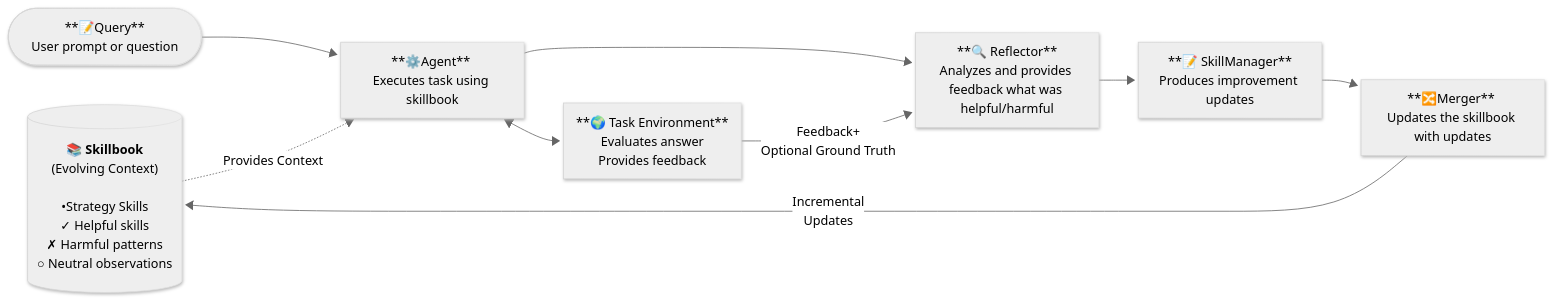
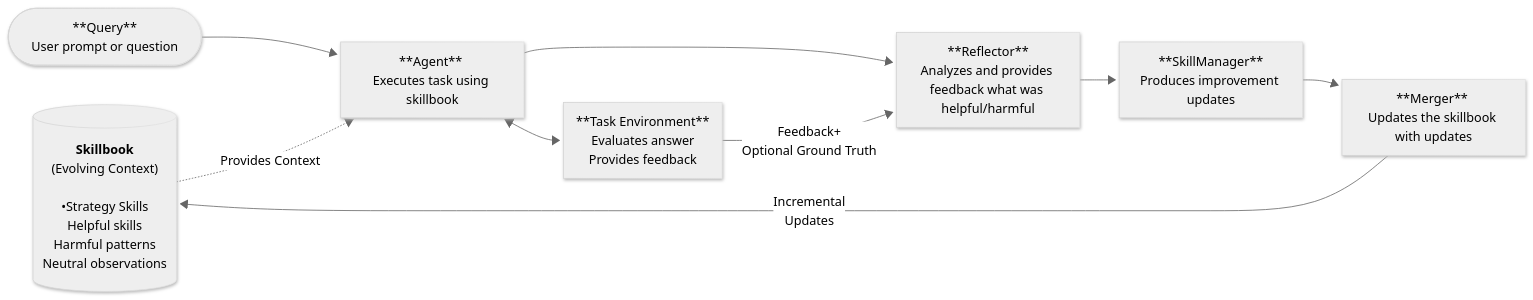
One commit to kayba-ai/agentic-context-engine changed the diagram in README.md. Above: the diagram before and after it, drawn with Mermaid. The commit also changed other lines of this file and 2 other files, not shown here.

First line of the commit message:
docs: Improve README and Quick Start guide clarity

````diff
--- a/README.md
+++ b/README.md
@@ -265,18 +167,18 @@
 ```mermaid
 ---
 config:
   look: neo
   theme: neutral
 ---
 flowchart LR
-    Skillbook[("`**📚 Skillbook**<br>(Evolving Context)<br><br>•Strategy Skills<br> ✓ Helpful skills <br>✗ Harmful patterns <br>○ Neutral observations`")]
-    Start(["**📝Query** <br>User prompt or question"]) --> Agent["**⚙️Agent** <br>Executes task using skillbook"]
+    Skillbook[("`**Skillbook**<br>(Evolving Context)<br><br>•Strategy Skills<br> Helpful skills <br> Harmful patterns <br> Neutral observations`")]
+    Start(["**Query** <br>User prompt or question"]) --> Agent["**Agent** <br>Executes task using skillbook"]
     Agent --> Reflector
     Skillbook -. Provides Context .-> Agent
-    Environment["**🌍 Task Environment**<br>Evaluates answer<br>Provides feedback"] -- Feedback+ <br>Optional Ground Truth --> Reflector
-    Reflector["**🔍 Reflector**<br>Analyzes and provides feedback what was helpful/harmful"]
-    Reflector --> SkillManager["**📝 SkillManager**<br>Produces improvement updates"]
-    SkillManager --> UpdateOps["**🔀Merger** <br>Updates the skillbook with updates"]
+    Environment["**Task Environment**<br>Evaluates answer<br>Provides feedback"] -- Feedback+ <br>Optional Ground Truth --> Reflector
+    Reflector["**Reflector**<br>Analyzes and provides feedback what was helpful/harmful"]
+    Reflector --> SkillManager["**SkillManager**<br>Produces improvement updates"]
+    SkillManager --> UpdateOps["**Merger** <br>Updates the skillbook with updates"]
     UpdateOps -- Incremental<br>Updates --> Skillbook
     Agent <--> Environment
 ```
````
